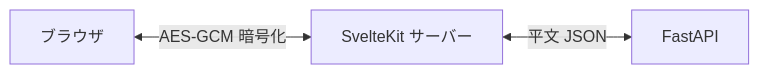
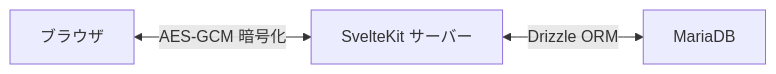
The second of 2 diagrams in docs/architecture.md (ak110/GLATasks2), drawn with Mermaid before and after one commit. The commit also changed other lines of this file and 105 other files, not shown here.

First line of the commit message:
FastAPI廃止: SvelteKit + Drizzle ORM に一本化 + 設定ファイルをルートに整理

````diff
--- a/docs/architecture.md
+++ b/docs/architecture.md
@@ -64,9 +55,9 @@
 ```mermaid
 flowchart LR
     Browser["ブラウザ"]
     SK["SvelteKit サーバー"]
-    FA["FastAPI"]
+    DB["MariaDB"]
 
     Browser <-- "AES-GCM 暗号化" --> SK
-    SK <-- "平文 JSON" --> FA
+    SK <-- "Drizzle ORM" --> DB
 ```
````
